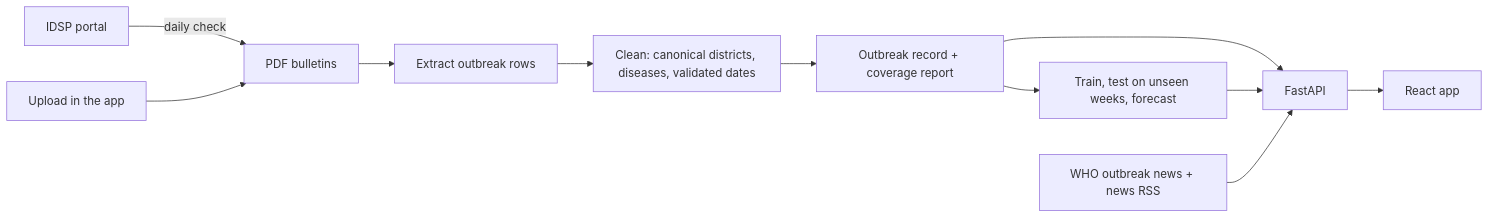
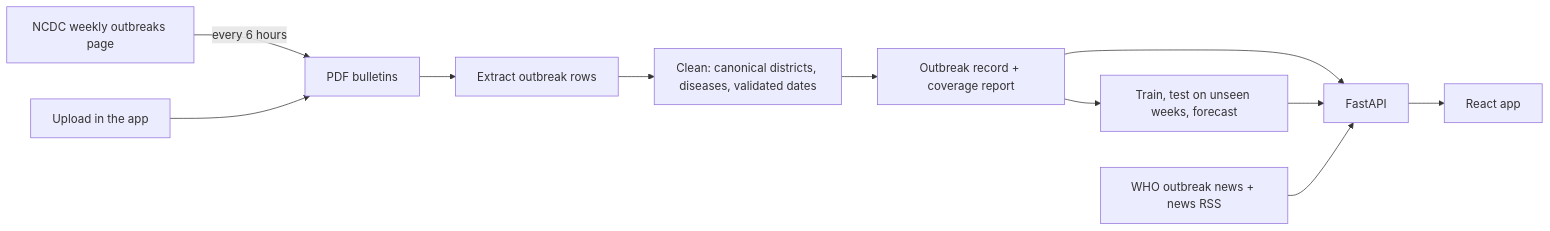
The diagram in README.md (ayeus/Sentinal-GIS), drawn with Mermaid before and after one commit. The commit also changed other lines of this file and 204 other files, not shown here.

First line of the commit message:
Fill data gaps, follow IDSP's move to NCDC, modernise the frontend

````diff
--- a/README.md
+++ b/README.md
@@ -23,13 +23,13 @@
 ```mermaid
 graph LR
-    A[IDSP portal] -->|daily check| B[PDF bulletins]
+    A[NCDC weekly outbreaks page] -->|every 6 hours| B[PDF bulletins]
     U[Upload in the app] --> B
     B --> C[Extract outbreak rows]
     C --> D[Clean: canonical districts, diseases, validated dates]
     D --> E[Outbreak record + coverage report]
     E --> F[Train, test on unseen weeks, forecast]
     E --> G[FastAPI]
     F --> G
     W[WHO outbreak news + news RSS] --> G
     G --> H[React app]
 ```
````
